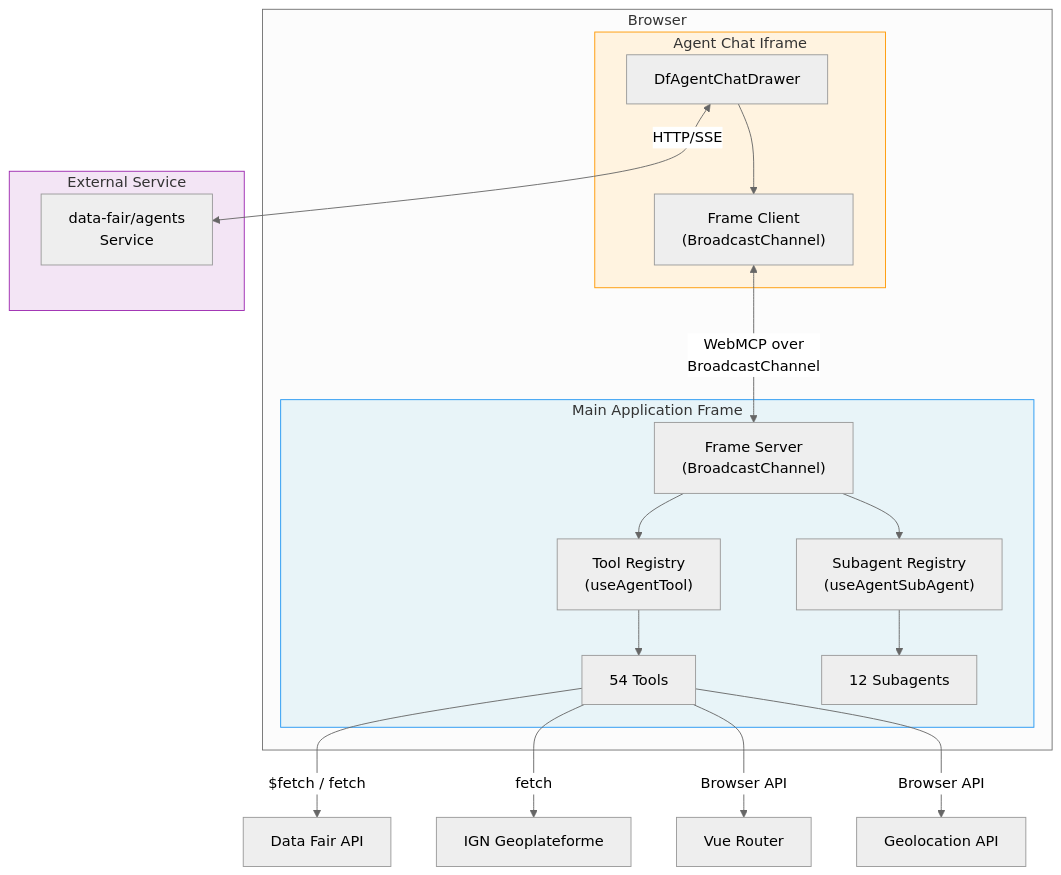
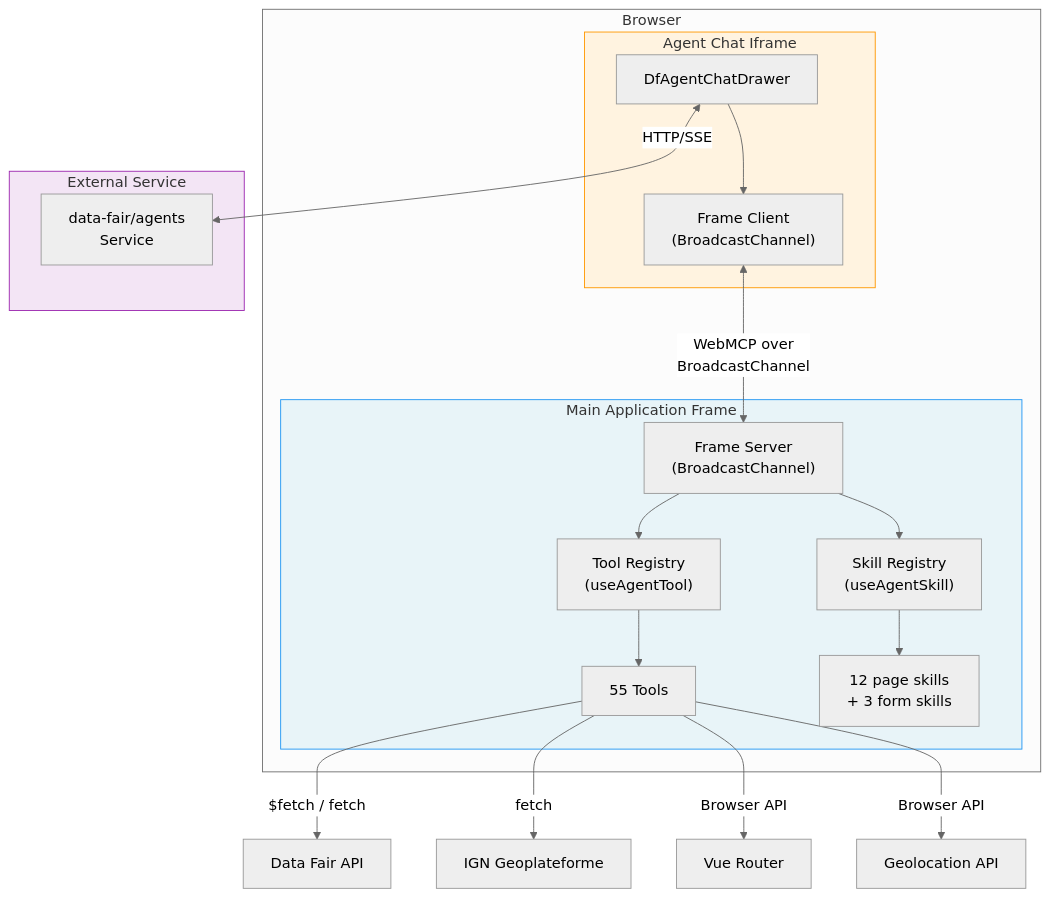
Before and after one commit to data-fair/data-fair: the first of 3 diagrams in docs/architecture/agent-integration.md, drawn with Mermaid (neutral theme). The commit also changed other lines of this file and 155 other files, not shown here.

Commit message:
feat!: autonomous agents: OAuth scopes, platform API document, page skills (#657)

````diff
--- a/docs/architecture/agent-integration.md
+++ b/docs/architecture/agent-integration.md
@@ -48,34 +49,34 @@
 ```mermaid
 graph TB
     subgraph Browser
         subgraph MainFrame["Main Application Frame"]
             FS["Frame Server<br/>(BroadcastChannel)"]
             TR["Tool Registry<br/>(useAgentTool)"]
-            SR["Subagent Registry<br/>(useAgentSubAgent)"]
-            Tools["54 Tools"]
-            SubAgents["12 Subagents"]
+            SR["Skill Registry<br/>(useAgentSkill)"]
+            Tools["55 Tools"]
+            Skills["12 page skills<br/>+ 3 form skills"]
             TR --> Tools
-            SR --> SubAgents
+            SR --> Skills
             FS --> TR
             FS --> SR
         end
         subgraph ChatIframe["Agent Chat Iframe"]
             CD["DfAgentChatDrawer"]
             FC["Frame Client<br/>(BroadcastChannel)"]
             CD --> FC
         end
         FC <-->|"WebMCP over<br/>BroadcastChannel"| FS
     end
     subgraph External["External Service"]
         AS["data-fair/agents<br/>Service"]
     end
     CD <-->|"HTTP/SSE"| AS
     Tools -->|"$fetch / fetch"| API["Data Fair API"]
     Tools -->|"fetch"| GEO["IGN Geoplateforme"]
     Tools -->|"Browser API"| NAV["Vue Router"]
     Tools -->|"Browser API"| GEOLOC["Geolocation API"]
 
     style MainFrame fill:#e8f4f8,stroke:#2196F3
     style ChatIframe fill:#fff3e0,stroke:#FF9800
     style External fill:#f3e5f5,stroke:#9C27B0
 ```
````
